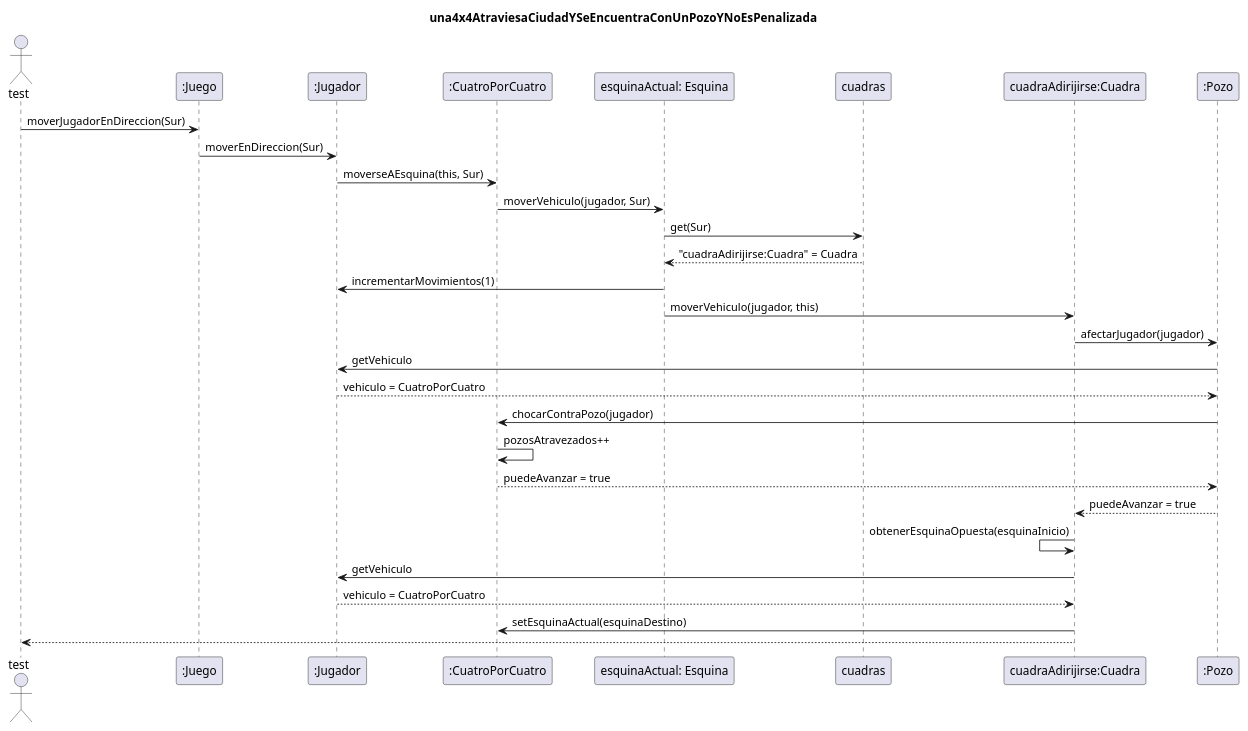
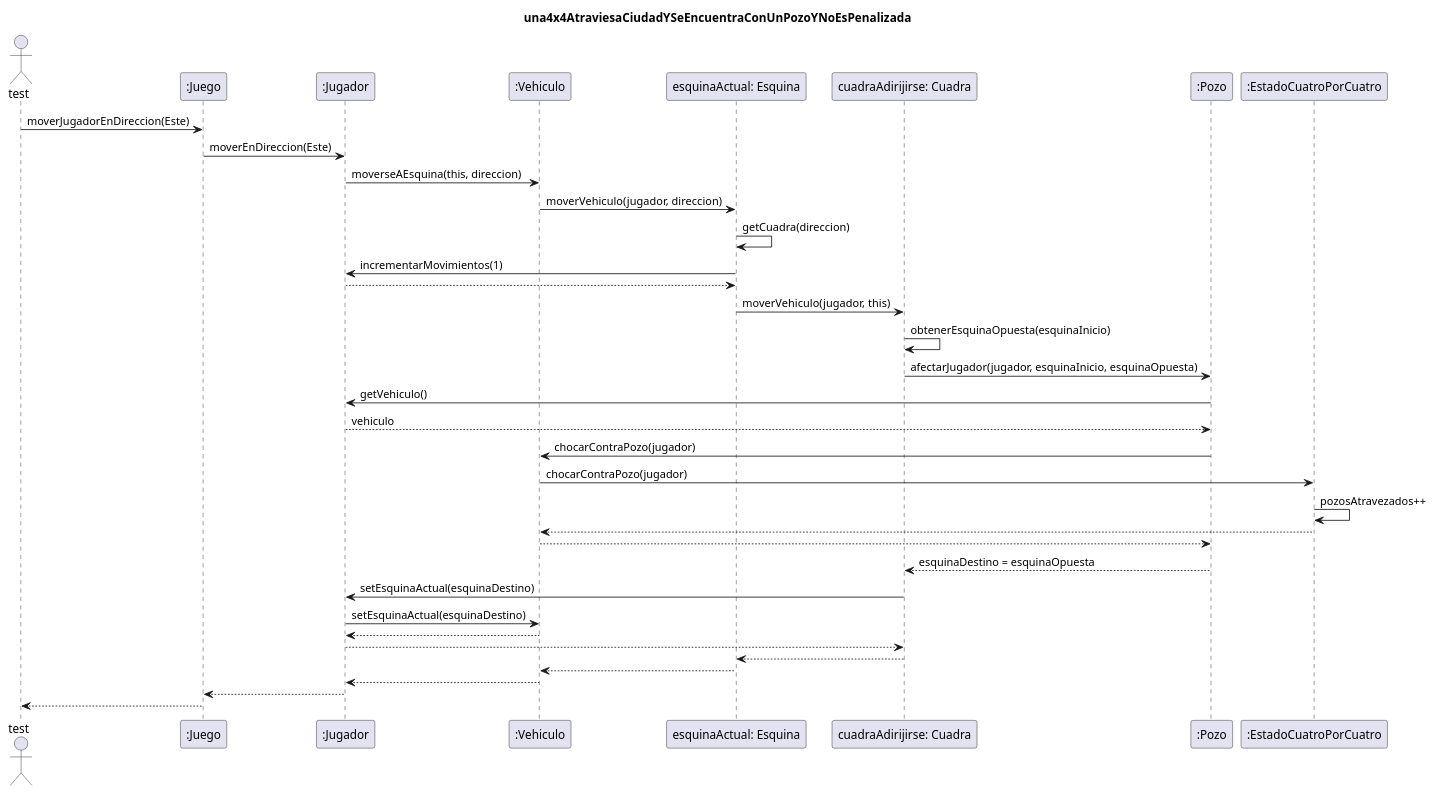
One commit to TP2Algo3FIUBA/tp2 changed the diagram in diagrams/sequences/entrega01/CasoDeUso03.plantuml. Above: the diagram before and after it, drawn with PlantUML. The commit also changed 1 other file, not shown here.

Commit message:
Actualizacion diagrama secuencia UML caso de uso 2 y 3 entrega 1

```diff
--- a/diagrams/sequences/entrega01/CasoDeUso03.plantuml
+++ b/diagrams/sequences/entrega01/CasoDeUso03.plantuml
@@ -1,24 +1,37 @@
 @startuml
 title: una4x4AtraviesaCiudadYSeEncuentraConUnPozoYNoEsPenalizada
+
 Actor test
-test -> ":Juego" : moverJugadorEnDireccion(Sur)
-":Juego" -> ":Jugador" : moverEnDireccion(Sur)
-":Jugador" -> ":CuatroPorCuatro" : moverseAEsquina(this, Sur)
-":CuatroPorCuatro" -> "esquinaActual: Esquina" : moverVehiculo(jugador, Sur)
-"esquinaActual: Esquina" -> cuadras : get(Sur)
-"esquinaActual: Esquina" <-- cuadras : "cuadraAdirijirse:Cuadra" = Cuadra
+test -> ":Juego" : moverJugadorEnDireccion(Este)
+":Juego" -> ":Jugador"  : moverEnDireccion(Este)
+":Jugador"  -> ":Vehiculo" : moverseAEsquina(this, direccion)
+":Vehiculo" -> "esquinaActual: Esquina" : moverVehiculo(jugador, direccion)
+"esquinaActual: Esquina" -> "esquinaActual: Esquina" : getCuadra(direccion)
 "esquinaActual: Esquina" -> ":Jugador" : incrementarMovimientos(1)
-"esquinaActual: Esquina" -> "cuadraAdirijirse:Cuadra" : moverVehiculo(jugador, this)
-"cuadraAdirijirse:Cuadra" -> ":Pozo"  : afectarJugador(jugador)
-":Pozo"  -> ":Jugador" : getVehiculo
-":Pozo"  <-- ":Jugador" : vehiculo = CuatroPorCuatro
-":Pozo"  -> ":CuatroPorCuatro" : chocarContraPozo(jugador)
-":CuatroPorCuatro" -> ":CuatroPorCuatro" : pozosAtravezados++
-":Pozo"  <-- ":CuatroPorCuatro" : puedeAvanzar = true
-"cuadraAdirijirse:Cuadra" <-- ":Pozo"  : puedeAvanzar = true
-"cuadraAdirijirse:Cuadra" <- "cuadraAdirijirse:Cuadra" : obtenerEsquinaOpuesta(esquinaInicio)
-"cuadraAdirijirse:Cuadra" -> ":Jugador" : getVehiculo
-"cuadraAdirijirse:Cuadra" <-- ":Jugador" : vehiculo = CuatroPorCuatro
-"cuadraAdirijirse:Cuadra" -> ":CuatroPorCuatro" : setEsquinaActual(esquinaDestino)
-test <-- "cuadraAdirijirse:Cuadra"
+return
+
+"esquinaActual: Esquina" -> "cuadraAdirijirse: Cuadra" : moverVehiculo(jugador, this)
+"cuadraAdirijirse: Cuadra" -> "cuadraAdirijirse: Cuadra" : obtenerEsquinaOpuesta(esquinaInicio)
+"cuadraAdirijirse: Cuadra" -> ":Pozo" : afectarJugador(jugador, esquinaInicio, esquinaOpuesta)
+
+":Pozo" -> ":Jugador" : getVehiculo()
+return vehiculo
+":Pozo" -> ":Vehiculo" : chocarContraPozo(jugador)
+":Vehiculo" -> ":EstadoCuatroPorCuatro" : chocarContraPozo(jugador)
+":EstadoCuatroPorCuatro" -> ":EstadoCuatroPorCuatro" : pozosAtravezados++
+":EstadoCuatroPorCuatro" --> ":Vehiculo"
+":Vehiculo" --> ":Pozo"
+
+":Pozo" --> "cuadraAdirijirse: Cuadra" : esquinaDestino = esquinaOpuesta
+"cuadraAdirijirse: Cuadra" -> ":Jugador" : setEsquinaActual(esquinaDestino)
+":Jugador" -> ":Vehiculo" : setEsquinaActual(esquinaDestino)
+
+return
+":Jugador" --> "cuadraAdirijirse: Cuadra"
+"cuadraAdirijirse: Cuadra" --> "esquinaActual: Esquina"
+"esquinaActual: Esquina" --> ":Vehiculo"
+":Vehiculo" --> ":Jugador"
+":Jugador" --> ":Juego"
+":Juego" --> test
+
 @enduml
```
